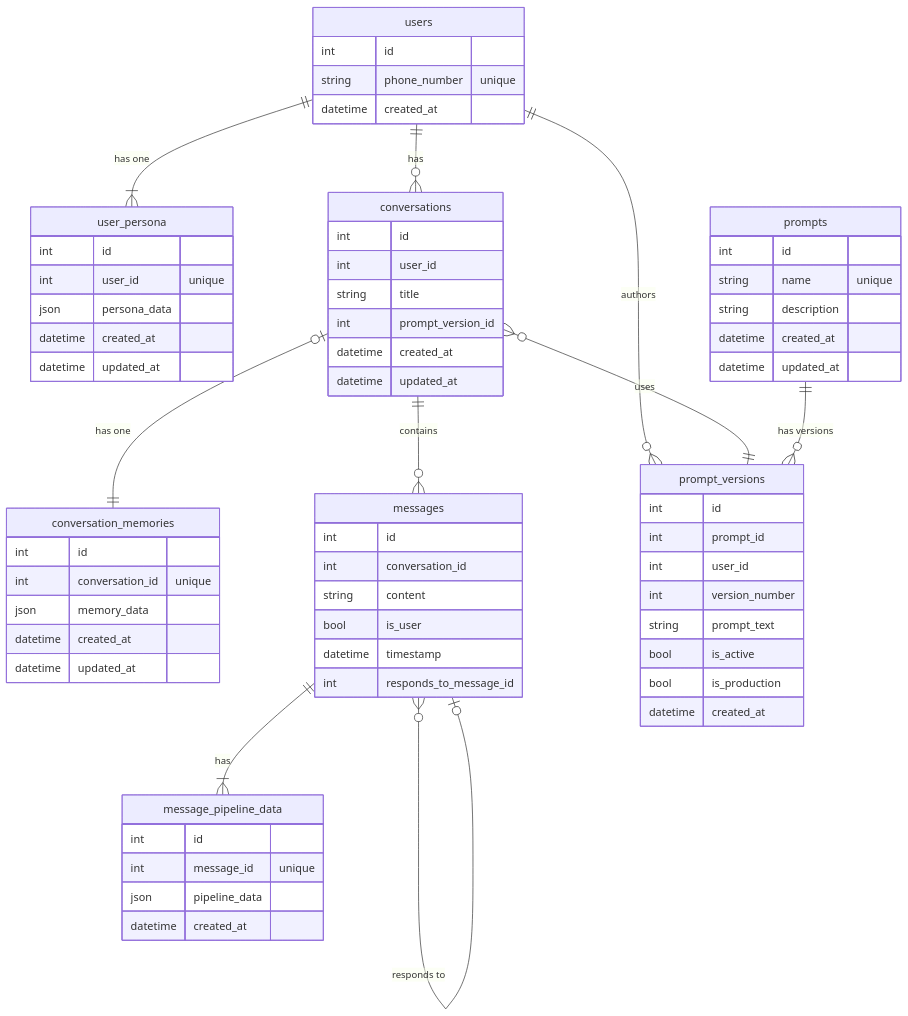
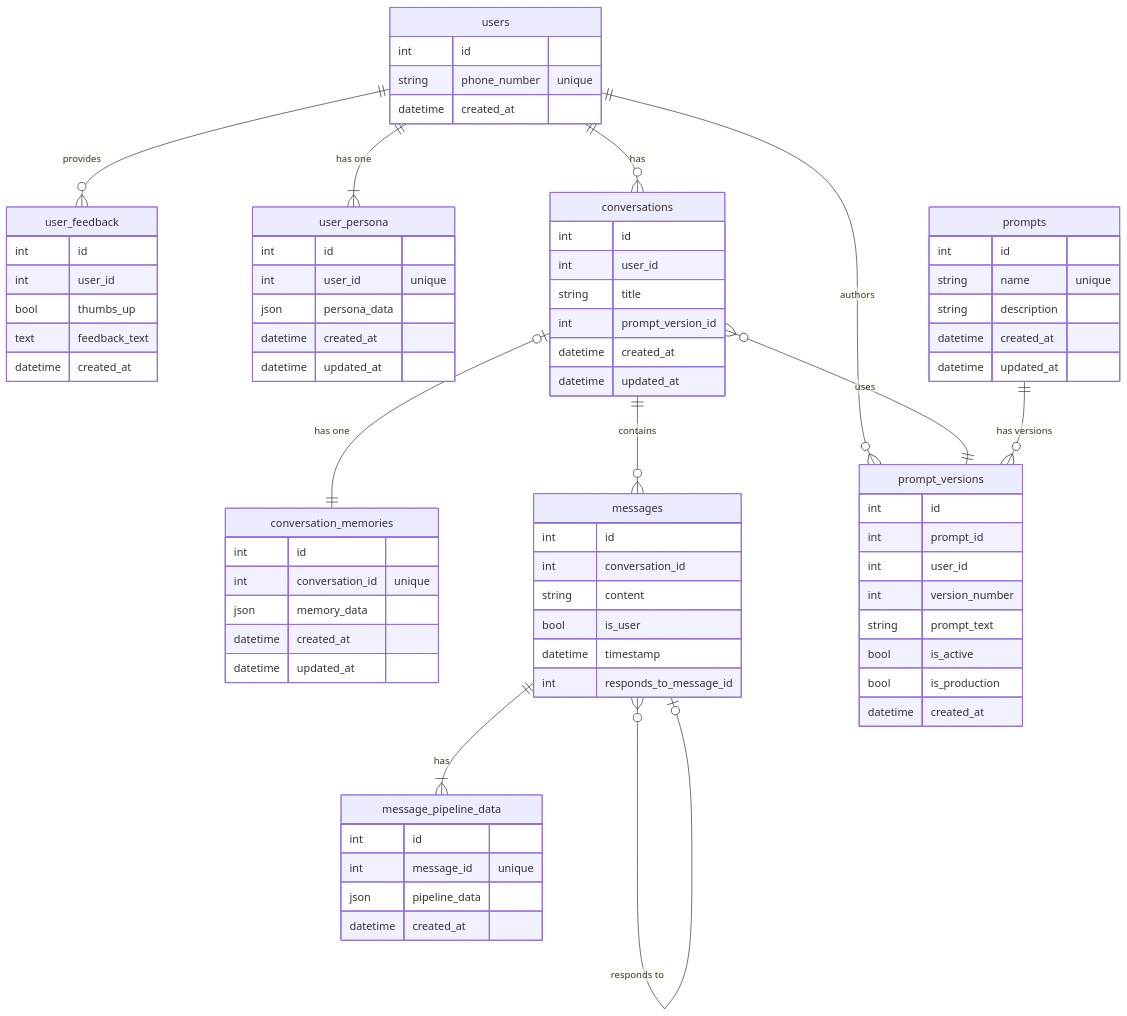
The second of 6 diagrams in context_for_ai/explanation.md (avantifellows/curiosity_coach), drawn with Mermaid before and after one commit. The commit also changed other lines of this file and 10 other files, not shown here.

```diff
--- a/context_for_ai/explanation.md
+++ b/context_for_ai/explanation.md
@@ -105,6 +108,14 @@
     users {
         int id
         string phone_number "unique"
+        datetime created_at
+    }
+
+    user_feedback {
+        int id
+        int user_id
+        bool thumbs_up
+        text feedback_text
         datetime created_at
     }
 
@@ -171,6 +182,7 @@
     users ||--o{ conversations : "has"
     users ||--|{ user_persona : "has one"
     users ||--o{ prompt_versions : "authors"
+    users ||--o{ user_feedback : "provides"
     conversations ||--o{ messages : "contains"
     conversations }o--|| prompt_versions : "uses"
     conversations |o--|| conversation_memories : "has one"
```
